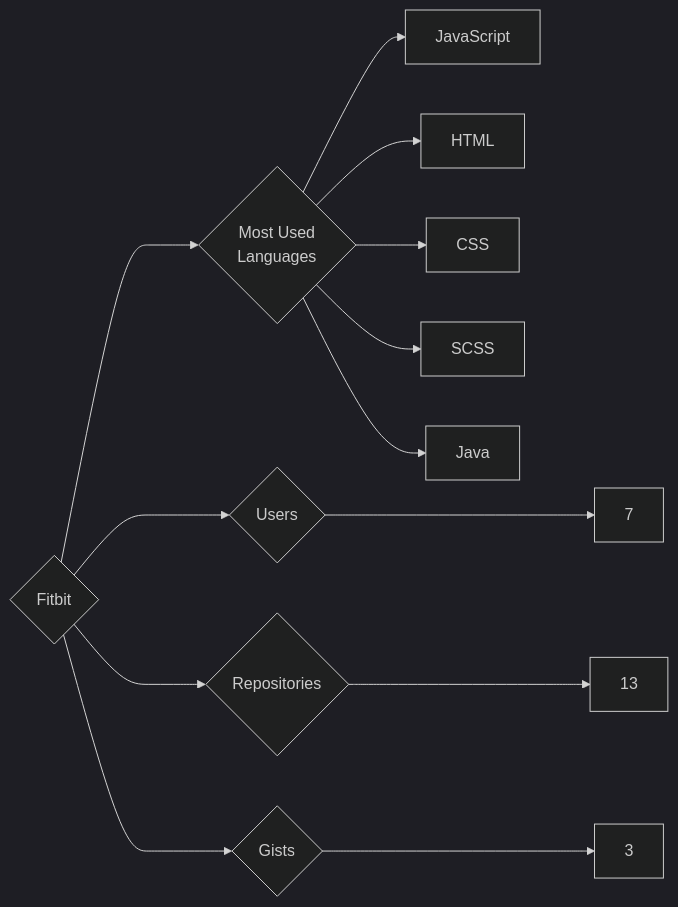
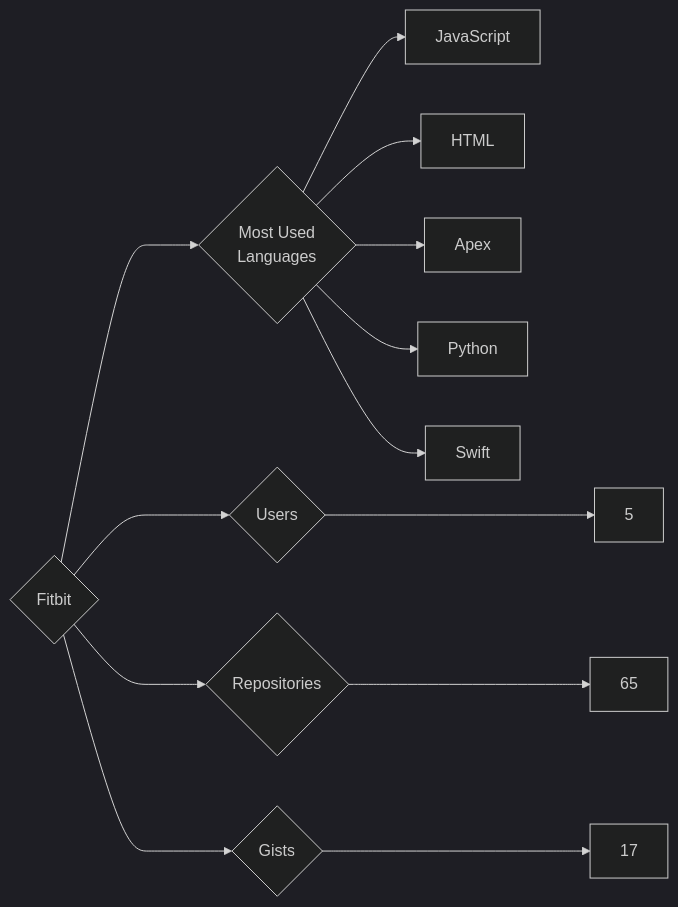
One commit to trickest/insiders changed the diagram in targets/Fitbit/README.md. Above: the diagram before and after it, drawn with Mermaid (dark theme). The commit also changed 1167 other files, not shown here.

````diff
--- a/targets/Fitbit/README.md
+++ b/targets/Fitbit/README.md
@@ -3,13 +3,13 @@
 ```mermaid
 graph LR
 COMPANY_NAME{Fitbit}
-COMPANY_NAME ---> U{Users} ---> UN[7]
-COMPANY_NAME ---> R{Repositories} ---> RN[13]
-COMPANY_NAME ---> G{Gists} ---> GN[3]
+COMPANY_NAME ---> U{Users} ---> UN[5]
+COMPANY_NAME ---> R{Repositories} ---> RN[65]
+COMPANY_NAME ---> G{Gists} ---> GN[17]
 COMPANY_NAME ---> ML{Most Used<br>Languages}
 ML --> JavaScript[JavaScript]
 ML --> HTML[HTML]
-ML --> CSS[CSS]
-ML --> SCSS[SCSS]
-ML --> Java[Java]
+ML --> Apex[Apex]
+ML --> Python[Python]
+ML --> Swift[Swift]
 ```
````
